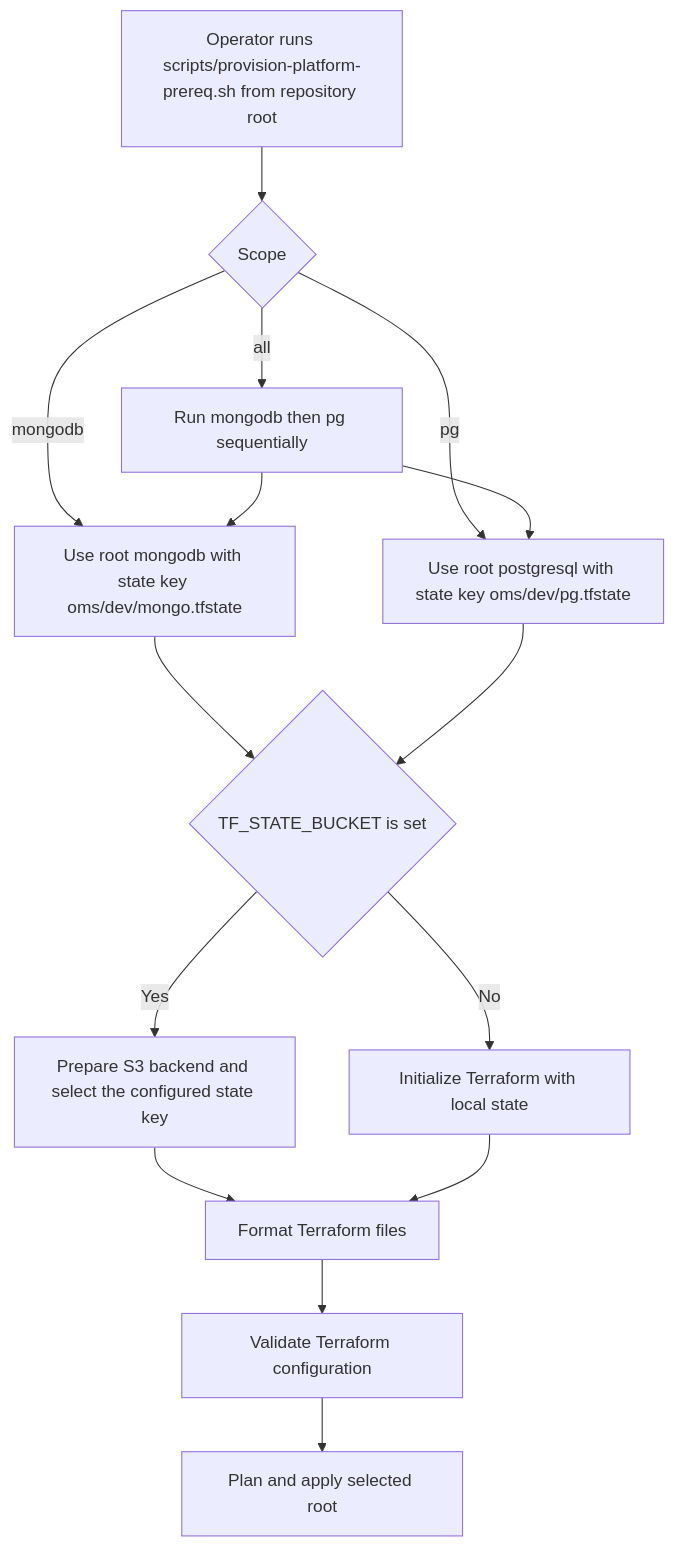
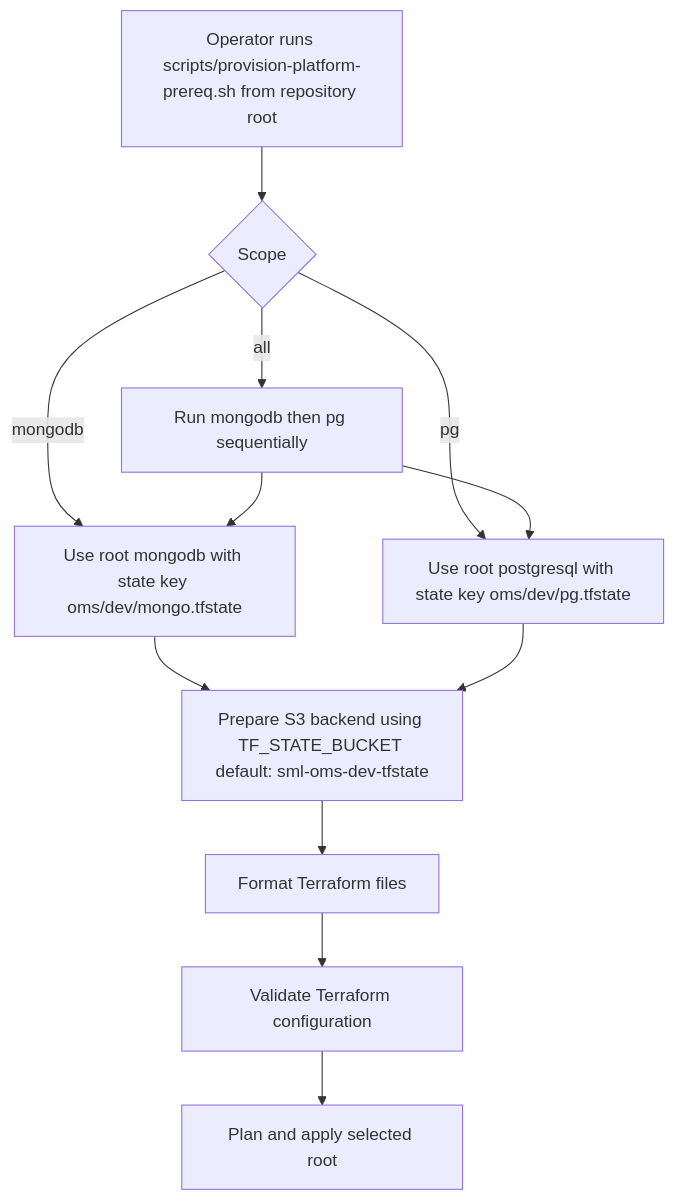
One commit to sml-global/mongodb changed the first of 8 diagrams in platform-prerequisites/terraform/README.md. Above: the diagram before and after it, drawn with Mermaid. The commit also changed other lines of this file and 1 other file, not shown here.

First line of the commit message:
feat: default TF_STATE_BUCKET to sml-oms-dev-tfstate — no export needed

````diff
--- a/platform-prerequisites/terraform/README.md
+++ b/platform-prerequisites/terraform/README.md
@@ -700,17 +692,14 @@
 ```mermaid
 flowchart TD
   A[Operator runs scripts/provision-platform-prereq.sh from repository root] --> B{Scope}
   B -->|all| B1[Run mongodb then pg sequentially]
   B -->|mongodb| B2[Use root mongodb with state key oms/dev/mongo.tfstate]
   B -->|pg| B3[Use root postgresql with state key oms/dev/pg.tfstate]
   B1 --> B2
   B1 --> B3
-  B2 --> C{TF_STATE_BUCKET is set}
+  B2 --> C[Prepare S3 backend using TF_STATE_BUCKET default: sml-oms-dev-tfstate]
   B3 --> C
-  C -->|Yes| C1[Prepare S3 backend and select the configured state key]
-  C -->|No| D[Initialize Terraform with local state]
-  C1 --> E[Format Terraform files]
-  D --> E
+  C --> E[Format Terraform files]
   E --> F[Validate Terraform configuration]
   F --> G[Plan and apply selected root]
 ```
````
